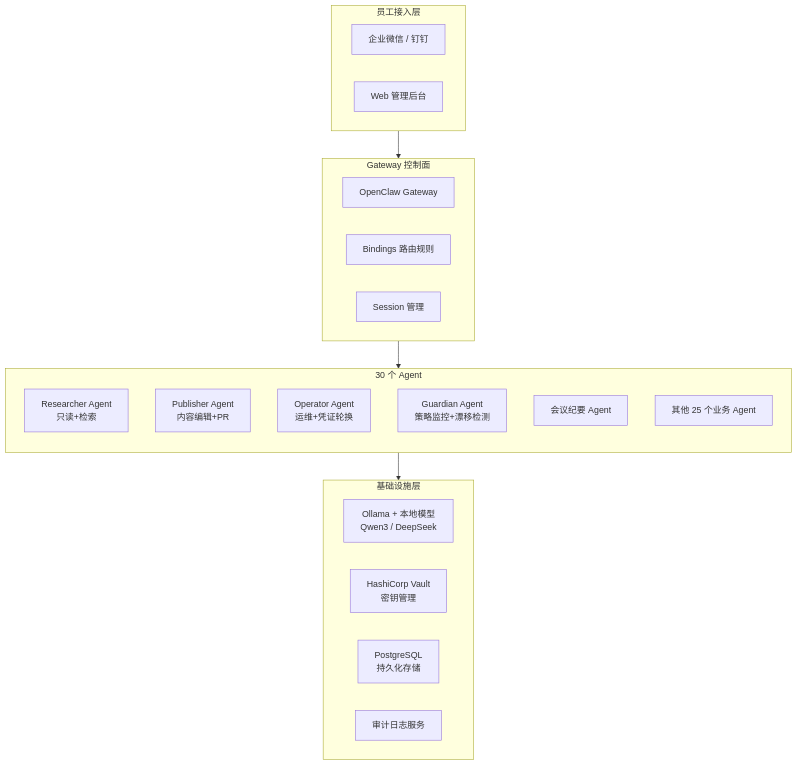
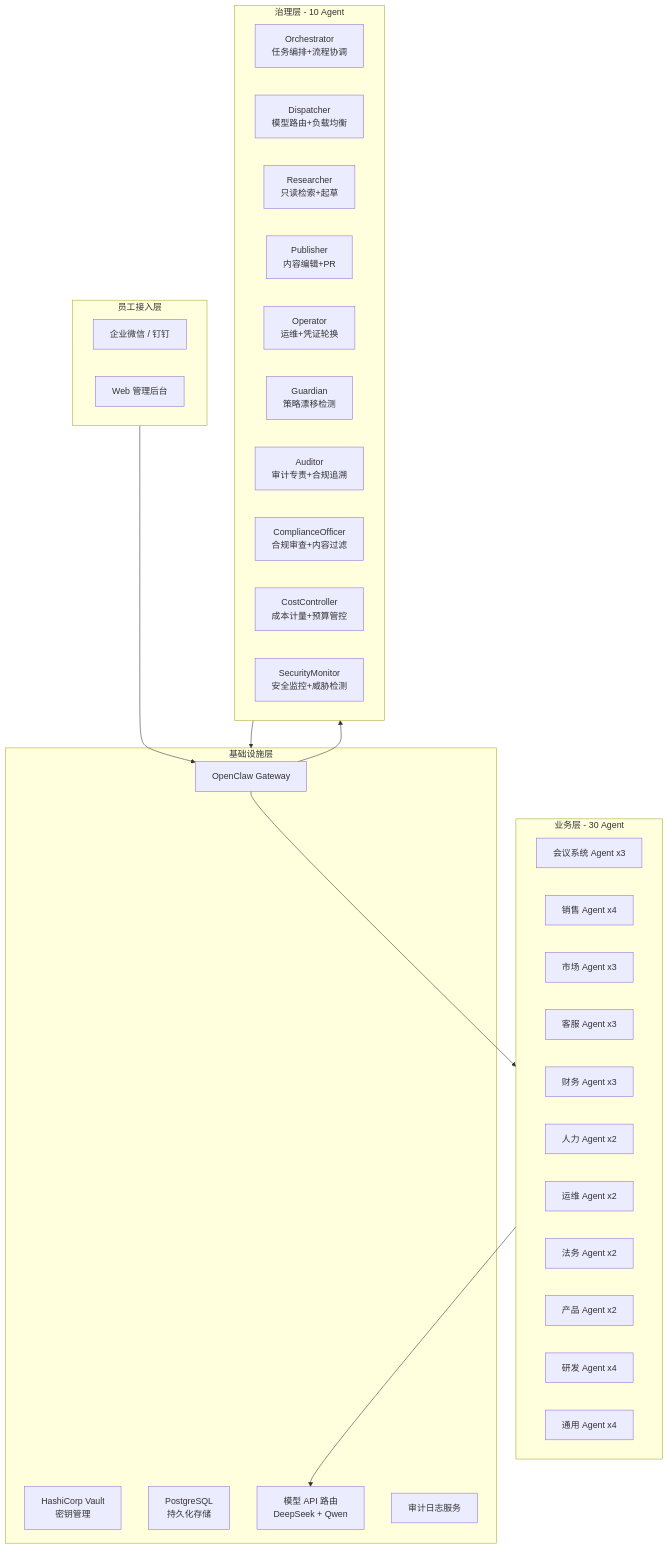
One commit to guorj/SMART-MEETING-java changed the fourth of 5 diagrams in docs/AI-Agent治理体系与部署方案汇总.md. Above: the diagram before and after it, drawn with Mermaid. The commit also changed other lines of this file, not shown here.

Commit message:
更新 OpenClaw Agent 私有化部署方案，调整部署数量至 40 个 Agent，优化硬件配置和成本估算，增加治理层和业务层的详细角色设计。

````diff
--- a/docs/AI-Agent治理体系与部署方案汇总.md
+++ b/docs/AI-Agent治理体系与部署方案汇总.md
@@ -369,34 +369,48 @@
 ```mermaid
 flowchart TD
     subgraph users [员工接入层]
         im[企业微信 / 钉钉]
         web[Web 管理后台]
     end
 
-    subgraph gateway [Gateway 控制面]
-        gw[OpenClaw Gateway]
-        bindings[Bindings 路由规则]
-        sessionMgr[Session 管理]
+    subgraph governance [治理层 - 10 Agent]
+        orchestrator[Orchestrator<br/>任务编排+流程协调]
+        dispatcher[Dispatcher<br/>模型路由+负载均衡]
+        researcher[Researcher<br/>只读检索+起草]
+        publisher[Publisher<br/>内容编辑+PR]
+        operator[Operator<br/>运维+凭证轮换]
+        guardian[Guardian<br/>策略漂移检测]
+        auditor[Auditor<br/>审计专责+合规追溯]
+        compliance[ComplianceOfficer<br/>合规审查+内容过滤]
+        costCtrl[CostController<br/>成本计量+预算管控]
+        security[SecurityMonitor<br/>安全监控+威胁检测]
     end
 
-    subgraph agents [30 个 Agent]
-        direction TB
-        researcher[Researcher Agent<br/>只读+检索]
-        publisher[Publisher Agent<br/>内容编辑+PR]
-        operator[Operator Agent<br/>运维+凭证轮换]
-        guardian[Guardian Agent<br/>策略监控+漂移检测]
-        meetingAgent[会议纪要 Agent]
-        otherAgents[其他 25 个业务 Agent]
+    subgraph business [业务层 - 30 Agent]
+        meetingGroup[会议系统 Agent x3]
+        salesGroup[销售 Agent x4]
+        marketGroup[市场 Agent x3]
+        csGroup[客服 Agent x3]
+        financeGroup[财务 Agent x3]
+        hrGroup[人力 Agent x2]
+        opsGroup[运维 Agent x2]
+        legalGroup[法务 Agent x2]
+        productGroup[产品 Agent x2]
+        devGroup[研发 Agent x4]
+        utilGroup[通用 Agent x4]
     end
 
     subgraph infra [基础设施层]
-        ollama[Ollama + 本地模型<br/>Qwen3 / DeepSeek]
+        gateway[OpenClaw Gateway]
         vault[HashiCorp Vault<br/>密钥管理]
         postgres[PostgreSQL<br/>持久化存储]
+        apiGW[模型 API 路由<br/>DeepSeek + Qwen]
         auditLog[审计日志服务]
     end
 
     users --> gateway
-    gateway --> agents
-    agents --> infra
+    gateway --> governance
+    gateway --> business
+    governance --> infra
+    business --> apiGW
 ```
````
